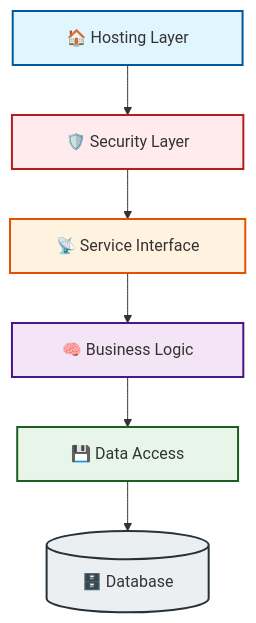
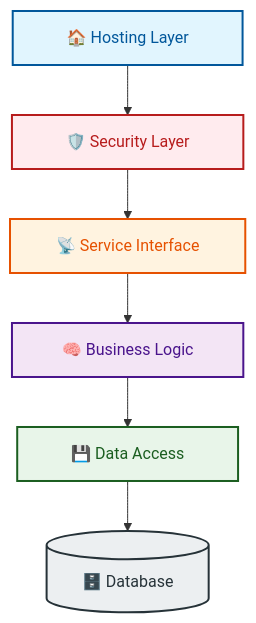
One commit to jadogeri/UsersAPI changed the first of 2 diagrams in README.md. Above: the diagram before and after it, drawn with Mermaid. The commit also changed other lines of this file and 3 other files, not shown here.

````diff
--- a/README.md
+++ b/README.md
@@ -45,15 +45,16 @@
 ```mermaid
 graph TD
-    A["&nbsp;&nbsp;&nbsp;&nbsp;&nbsp; 🏠 Hosting Layer &nbsp;&nbsp;&nbsp;&nbsp;&nbsp;"] --> B["&nbsp;&nbsp;&nbsp;&nbsp;&nbsp; 🛡️ Security Layer &nbsp;&nbsp;&nbsp;&nbsp;&nbsp;"]
-    B --> C["&nbsp;&nbsp;&nbsp; 📡 Service Interface &nbsp;&nbsp;&nbsp;"]
-    C --> D["&nbsp;&nbsp;&nbsp;&nbsp; 🧠 Business Logic &nbsp;&nbsp;&nbsp;&nbsp;"]
-    D --> E["&nbsp;&nbsp;&nbsp;&nbsp;&nbsp; 💾 Data Access &nbsp;&nbsp;&nbsp;&nbsp;&nbsp;"]
-    E --> F[("&nbsp;&nbsp;&nbsp;&nbsp;&nbsp;&nbsp; 🗄️ Database &nbsp;&nbsp;&nbsp;&nbsp;&nbsp;&nbsp;")]
+    A["<div style='color:#01579b'>&nbsp;&nbsp;&nbsp;&nbsp;&nbsp; 🏠 Hosting Layer &nbsp;&nbsp;&nbsp;&nbsp;&nbsp;</div>"] --> B["<div style='color:#b71c1c'>&nbsp;&nbsp;&nbsp;&nbsp;&nbsp; 🛡️ Security Layer &nbsp;&nbsp;&nbsp;&nbsp;&nbsp;</div>"]
+    B --> C["<div style='color:#e65100'>&nbsp;&nbsp;&nbsp; 📡 Service Interface &nbsp;&nbsp;&nbsp;</div>"]
+    C --> D["<div style='color:#4a148c'>&nbsp;&nbsp;&nbsp;&nbsp; 🧠 Business Logic &nbsp;&nbsp;&nbsp;&nbsp;</div>"]
+    D --> E["<div style='color:#1b5e20'>&nbsp;&nbsp;&nbsp;&nbsp;&nbsp; 💾 Data Access &nbsp;&nbsp;&nbsp;&nbsp;&nbsp;</div>"]
+    E --> F[("<div style='color:#263238'>&nbsp;&nbsp;&nbsp;&nbsp;&nbsp;&nbsp; 🗄️ Database &nbsp;&nbsp;&nbsp;&nbsp;&nbsp;&nbsp;</div>")]
 
     style A fill:#e1f5fe,stroke:#01579b,stroke-width:2px
     style B fill:#ffebee,stroke:#b71c1c,stroke-width:2px
     style C fill:#fff3e0,stroke:#e65100,stroke-width:2px
     style D fill:#f3e5f5,stroke:#4a148c,stroke-width:2px
     style E fill:#e8f5e9,stroke:#1b5e20,stroke-width:2px
     style F fill:#eceff1,stroke:#263238,stroke-width:2px
+
 ```
````
